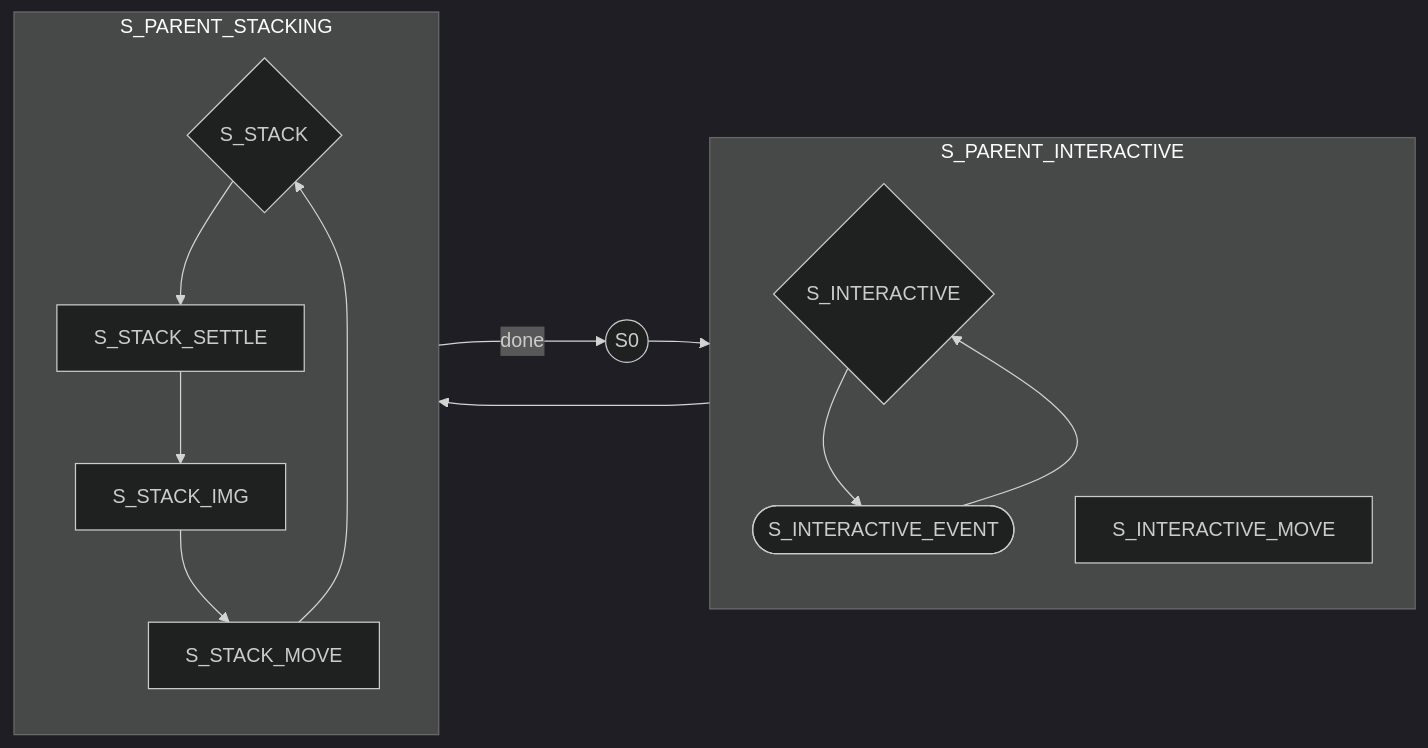
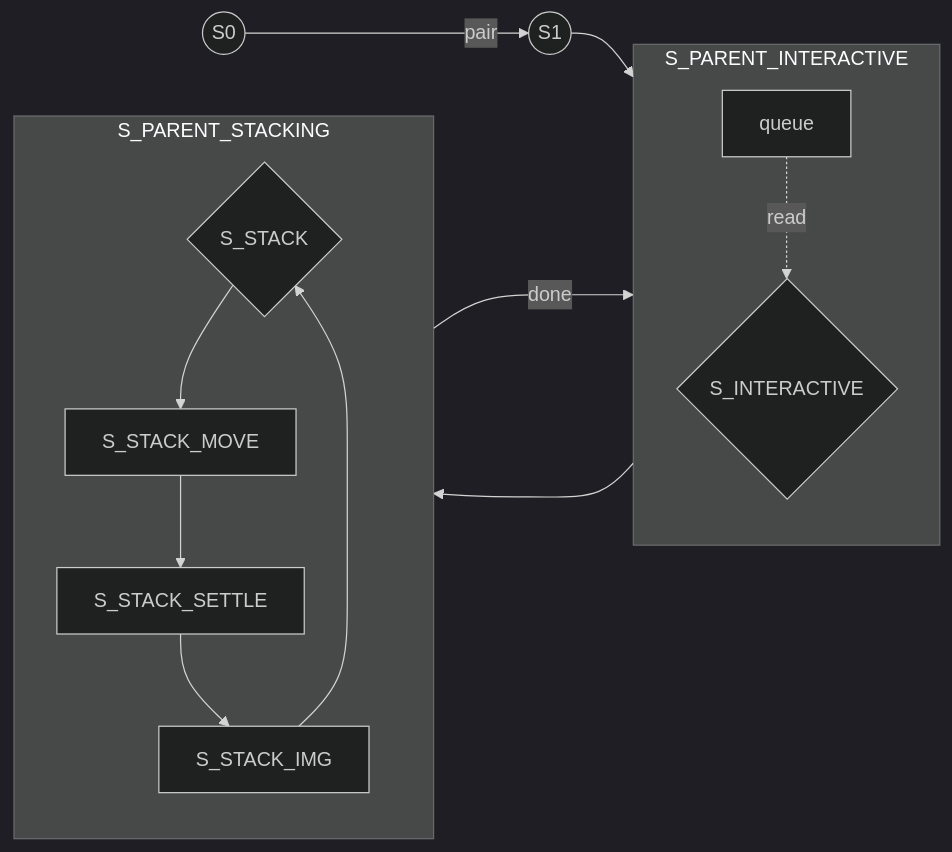
Before and after one commit to maxhbr/zephyr-rail: the diagram in app/mermaid.StateMachine.mmd, drawn with Mermaid (dark theme). The commit also changed 2 other files, not shown here.

```diff
--- a/app/mermaid.StateMachine.mmd
+++ b/app/mermaid.StateMachine.mmd
@@ -1,23 +1,23 @@
 flowchart LR;
     S0((S0));
+    S1((S1));
+    S0 -->|pair| S1;
 
     subgraph S_PARENT_INTERACTIVE
       direction TB 
       S_INTERACTIVE{S_INTERACTIVE}
-      S_INTERACTIVE_EVENT([S_INTERACTIVE_EVENT])
-      S_INTERACTIVE --> S_INTERACTIVE_EVENT;
-      S_INTERACTIVE_EVENT --> S_INTERACTIVE;
-      S_INTERACTIVE_MOVE;
+      queue-. read .->S_INTERACTIVE
     end
-    S0 --> S_INTERACTIVE;
+    S1 --> S_INTERACTIVE;
+    
 
     subgraph S_PARENT_STACKING;
       direction TB
       S_STACK{S_STACK}
-      S_STACK_MOVE --> S_STACK;
-      S_STACK --> S_STACK_SETTLE;
+      S_STACK_MOVE --> S_STACK_SETTLE;
       S_STACK_SETTLE --> S_STACK_IMG;
-      S_STACK_IMG --> S_STACK_MOVE;
+      S_STACK_IMG --> S_STACK;
+      S_STACK --> S_STACK_MOVE;
     end
-    S_STACK --->|done| S0;
-    S_INTERACTIVE ---> S_STACK_MOVE;
+    S_STACK --->|done| S_INTERACTIVE;
+    S_INTERACTIVE ---> S_STACK;
```
